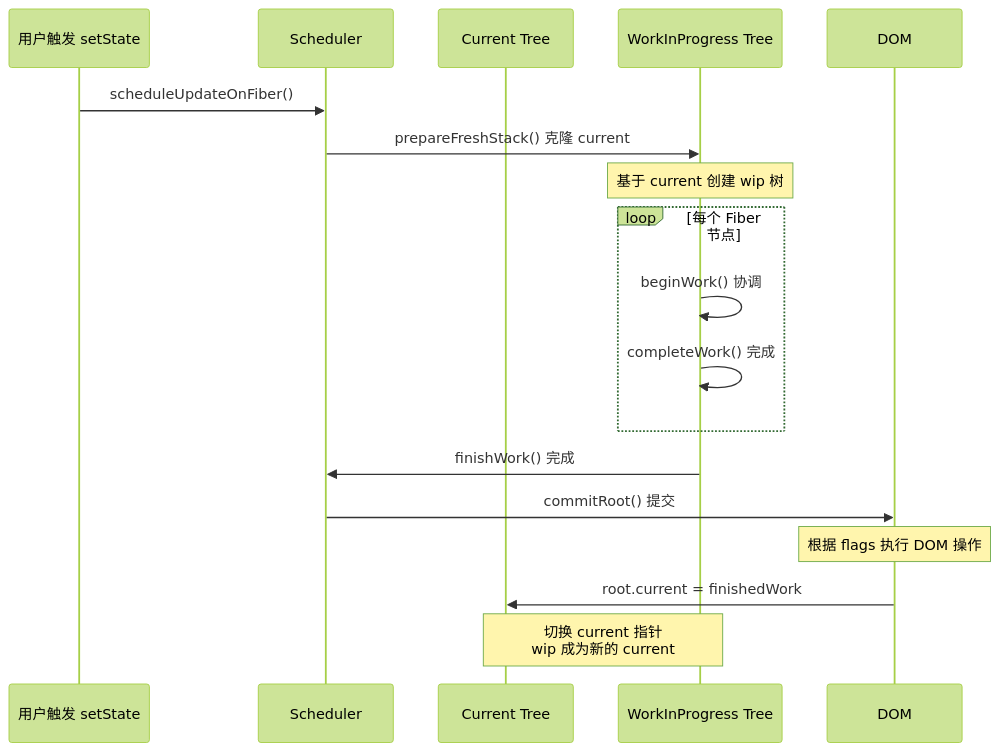
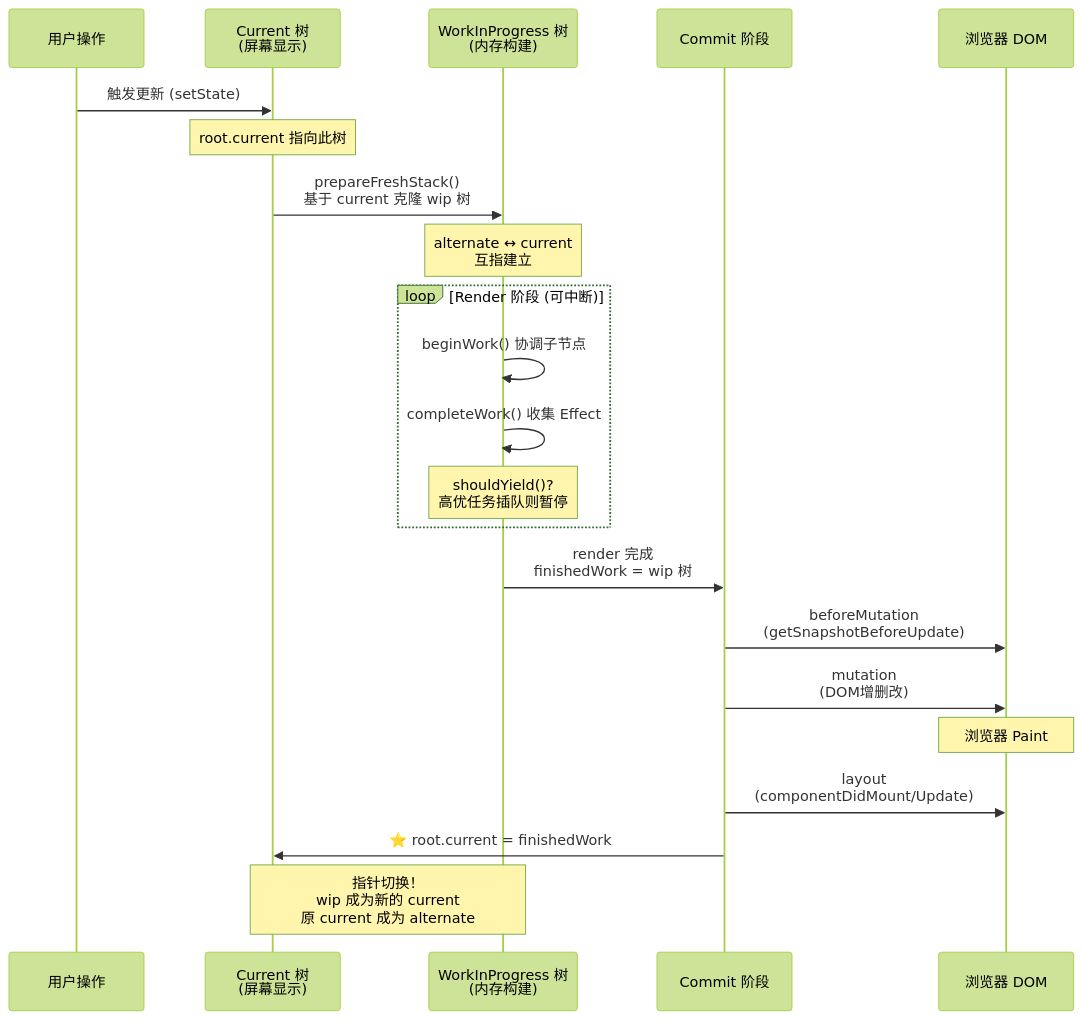
Before and after one commit to chengj-code/frontend-knowledge: the second of 6 diagrams in 源码分析/React/basics/React-源码解读-Guide.md, drawn with Mermaid (forest theme). The commit also changed other lines of this file and 1 other file, not shown here.

````diff
--- a/源码分析/React/basics/React-源码解读-Guide.md
+++ b/源码分析/React/basics/React-源码解读-Guide.md
@@ -738,24 +783,30 @@
 ```mermaid
 sequenceDiagram
-    participant User as 用户触发 setState
-    participant Scheduler as Scheduler
-    participant Current as Current Tree
-    participant WIP as WorkInProgress Tree
-    participant DOM as DOM
+    participant User as 用户操作
+    participant Current as Current 树<br/>(屏幕显示)
+    participant WIP as WorkInProgress 树<br/>(内存构建)
+    participant Commit as Commit 阶段
+    participant DOM as 浏览器 DOM
 
-    User->>Scheduler: scheduleUpdateOnFiber()
-    Scheduler->>WIP: prepareFreshStack() 克隆 current
-    Note over WIP: 基于 current 创建 wip 树
+    User->>Current: 触发更新 (setState)
+    Note over Current: root.current 指向此树
     
-    loop 每个 Fiber 节点
-        WIP->>WIP: beginWork() 协调
-        WIP->>WIP: completeWork() 完成
+    Current->>WIP: prepareFreshStack()<br/>基于 current 克隆 wip 树
+    Note over WIP: alternate ↔ current<br/>互指建立
+    
+    loop Render 阶段 (可中断)
+        WIP->>WIP: beginWork() 协调子节点
+        WIP->>WIP: completeWork() 收集 Effect
+        Note over WIP: shouldYield()?<br/>高优任务插队则暂停
     end
     
-    WIP->>Scheduler: finishWork() 完成
-    Scheduler->>DOM: commitRoot() 提交
-    Note over DOM: 根据 flags 执行 DOM 操作
+    WIP->>Commit: render 完成<br/>finishedWork = wip 树
     
-    DOM->>Current: root.current = finishedWork
-    Note over Current,WIP: 切换 current 指针<br/>wip 成为新的 current
+    Commit->>DOM: beforeMutation<br/>(getSnapshotBeforeUpdate)
+    Commit->>DOM: mutation<br/>(DOM增删改)
+    Note over DOM: 浏览器 Paint
+    Commit->>DOM: layout<br/>(componentDidMount/Update)
+    
+    Commit->>Current: ⭐ root.current = finishedWork
+    Note over Current,WIP: 指针切换！<br/>wip 成为新的 current<br/>原 current 成为 alternate
 ```
````
